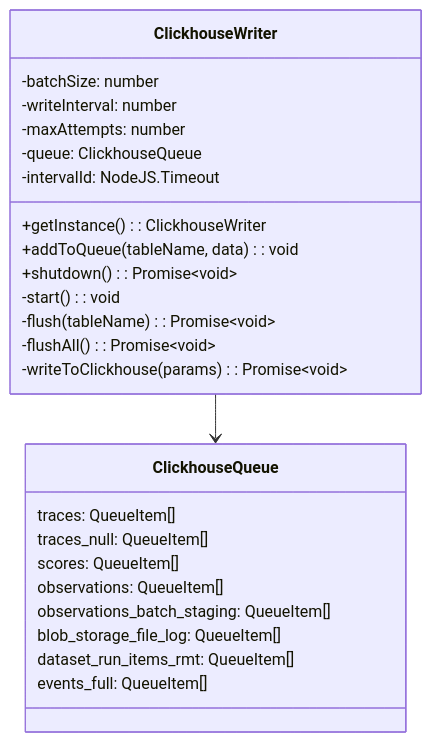
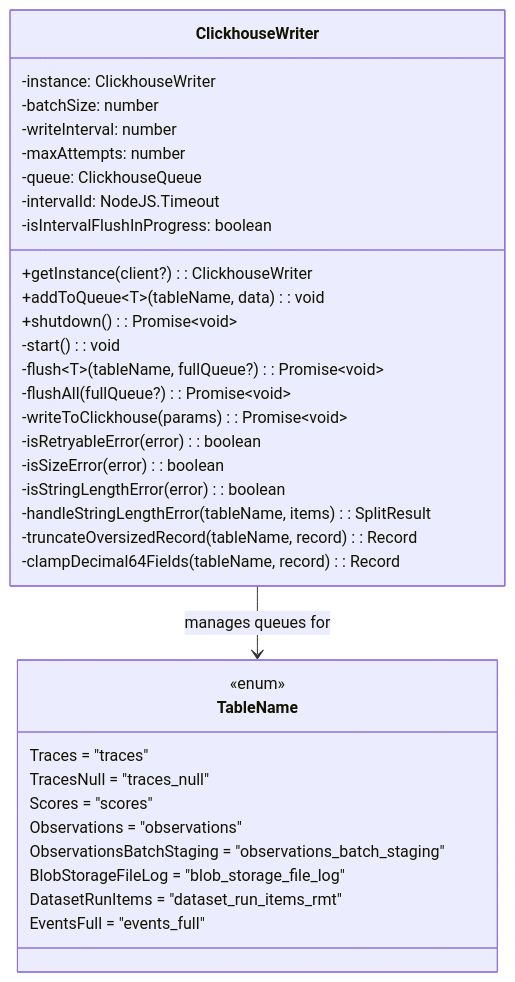
Before and after one commit to dhs-shine/langfuse: the sixth of 7 diagrams in docs/50-source-analysis/11-worker-source-breakdown.md, drawn with Mermaid. The commit also changed other lines of this file and 3 other files, not shown here.

````diff
--- a/docs/50-source-analysis/11-worker-source-breakdown.md
+++ b/docs/50-source-analysis/11-worker-source-breakdown.md
@@ -182,28 +231,39 @@
 ```mermaid
 classDiagram
     class ClickhouseWriter {
+        -instance: ClickhouseWriter
         -batchSize: number
         -writeInterval: number
         -maxAttempts: number
         -queue: ClickhouseQueue
         -intervalId: NodeJS.Timeout
-        +getInstance(): ClickhouseWriter
-        +addToQueue(tableName, data): void
+        -isIntervalFlushInProgress: boolean
+        +getInstance(client?): ClickhouseWriter
+        +addToQueue~T~(tableName, data): void
         +shutdown(): Promise~void~
         -start(): void
-        -flush(tableName): Promise~void~
-        -flushAll(): Promise~void~
+        -flush~T~(tableName, fullQueue?): Promise~void~
+        -flushAll(fullQueue?): Promise~void~
         -writeToClickhouse(params): Promise~void~
+        -isRetryableError(error): boolean
+        -isSizeError(error): boolean
+        -isStringLengthError(error): boolean
+        -handleStringLengthError(tableName, items): SplitResult
+        -truncateOversizedRecord(tableName, record): Record
+        -clampDecimal64Fields(tableName, record): Record
     }
-    class ClickhouseQueue {
-        traces: QueueItem[]
-        traces_null: QueueItem[]
-        scores: QueueItem[]
-        observations: QueueItem[]
-        observations_batch_staging: QueueItem[]
-        blob_storage_file_log: QueueItem[]
-        dataset_run_items_rmt: QueueItem[]
-        events_full: QueueItem[]
+
+    class TableName {
+        <<enum>>
+        Traces = "traces"
+        TracesNull = "traces_null"
+        Scores = "scores"
+        Observations = "observations"
+        ObservationsBatchStaging = "observations_batch_staging"
+        BlobStorageFileLog = "blob_storage_file_log"
+        DatasetRunItems = "dataset_run_items_rmt"
+        EventsFull = "events_full"
     }
-    ClickhouseWriter --> ClickhouseQueue
+
+    ClickhouseWriter --> TableName : manages queues for
 ```
````
